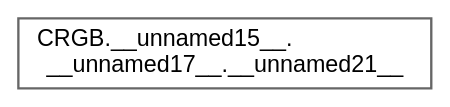
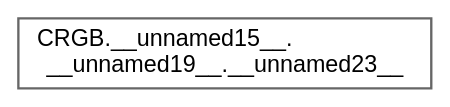
One commit to manmuqingshan/FastLED changed the diagram in docs/inherit_graph_41.dot. Above: the diagram before and after it, drawn with Graphviz. The commit also changed 10182 other files, not shown here.

```diff
--- a/docs/inherit_graph_41.dot
+++ b/docs/inherit_graph_41.dot
@@ -1,9 +1,9 @@
 digraph "Graphical Class Hierarchy"
 {
  // LATEX_PDF_SIZE
   bgcolor="transparent";
   edge [fontname=Helvetica,fontsize=10,labelfontname=Helvetica,labelfontsize=10];
   node [fontname=Helvetica,fontsize=10,shape=box,height=0.2,width=0.4];
   rankdir="LR";
-  Node0 [id="Node000000",label="CRGB.__unnamed15__.\l__unnamed17__.__unnamed21__",height=0.2,width=0.4,color="grey40", fillcolor="white", style="filled",URL="$db/d87/group___pixel_types.html#db/df9/union_c_r_g_b_8____unnamed15_____8____unnamed17_____8____unnamed21____",tooltip=" "];
+  Node0 [id="Node000000",label="CRGB.__unnamed15__.\l__unnamed19__.__unnamed23__",height=0.2,width=0.4,color="grey40", fillcolor="white", style="filled",URL="$db/d87/group___pixel_types.html#db/d74/union_c_r_g_b_8____unnamed15_____8____unnamed19_____8____unnamed23____",tooltip=" "];
 }
```
